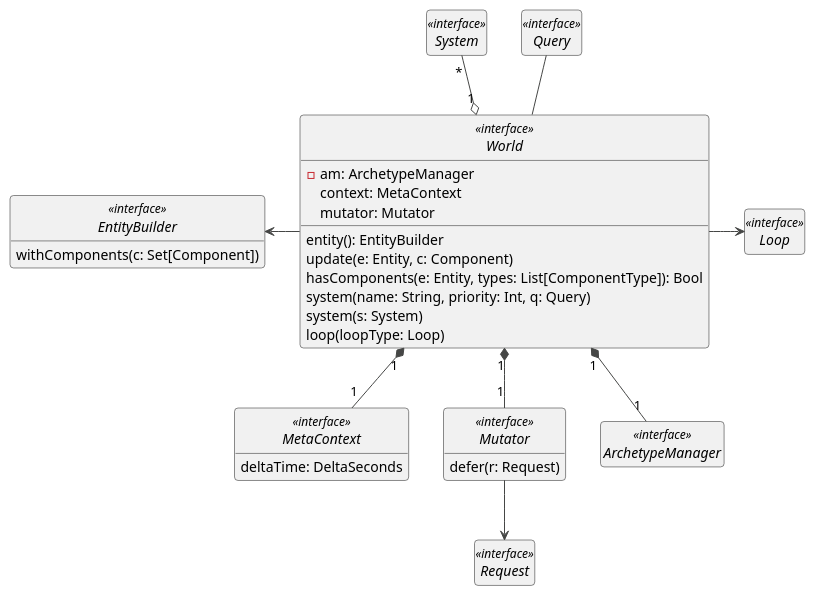
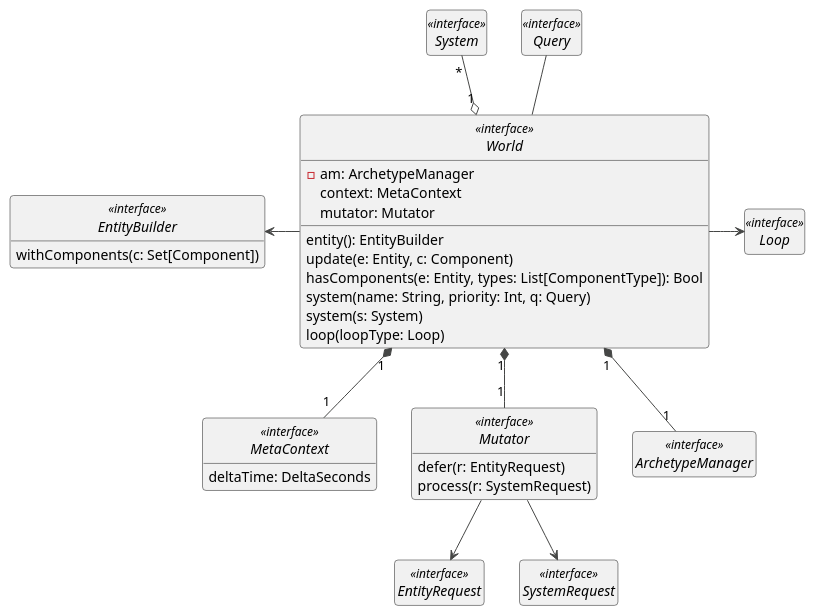
One commit to Remisse/ecscalibur changed the diagram in docs/diagrams/src/3_world.wsd. Above: the diagram before and after it, drawn with PlantUML. The commit also changed 2 other files, not shown here.

```diff
--- a/docs/diagrams/src/3_world.wsd
+++ b/docs/diagrams/src/3_world.wsd
@@ -1,51 +1,54 @@
 @startuml
 
 !theme vibrant
 
 interface World <<interface>> {
   -am: ArchetypeManager
   context: MetaContext
   mutator: Mutator
   entity(): EntityBuilder 
   update(e: Entity, c: Component)
   hasComponents(e: Entity, types: List[ComponentType]): Bool
   system(name: String, priority: Int, q: Query)
   system(s: System)
   loop(loopType: Loop)
 }
 
 interface Loop <<interface>>
 
 interface MetaContext <<interface>> {
   deltaTime: DeltaSeconds
 }
 
 interface Mutator <<interface>> {
-  defer(r: Request)
+  defer(r: EntityRequest)
+  process(r: SystemRequest)
 }
 
-interface Request <<interface>>
+interface EntityRequest <<interface>>
+interface SystemRequest <<interface>>
 
 interface ArchetypeManager <<interface>>
 
 interface System <<interface>>
 
 interface EntityBuilder <<interface>> {
   withComponents(c: Set[Component])
 }
 
 interface Query <<interface>>
 
 World "1" *-- "1" MetaContext
 World "1" *-- "1" Mutator
 World "1" *-- "1" ArchetypeManager
 World -> Loop
 EntityBuilder <- World
-Mutator --> Request
+Mutator --> EntityRequest
+Mutator --> SystemRequest 
 System "*" --o "1" World
 Query -- World
 
 hide interface circle
 hide empty members
 
 @enduml
```
